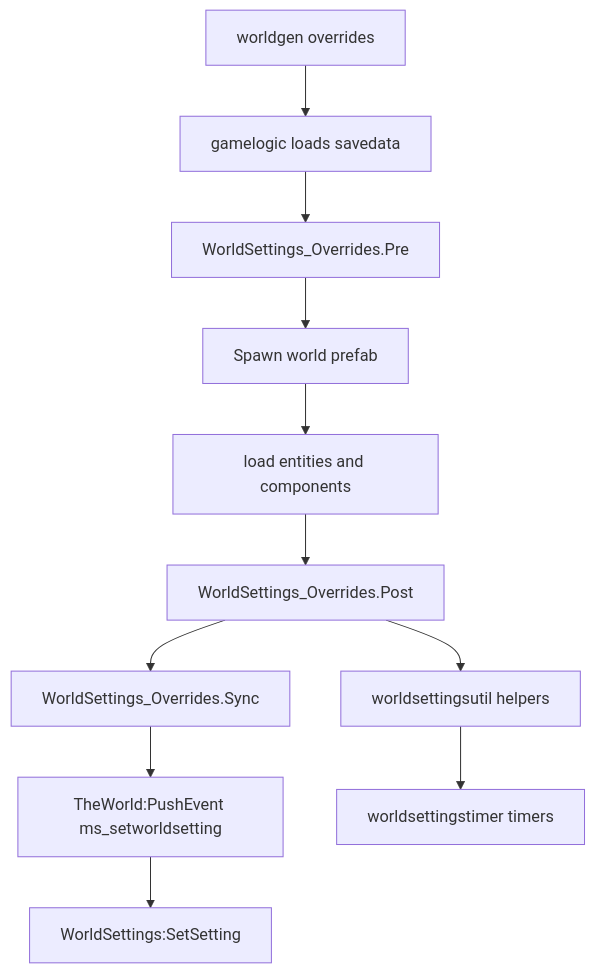
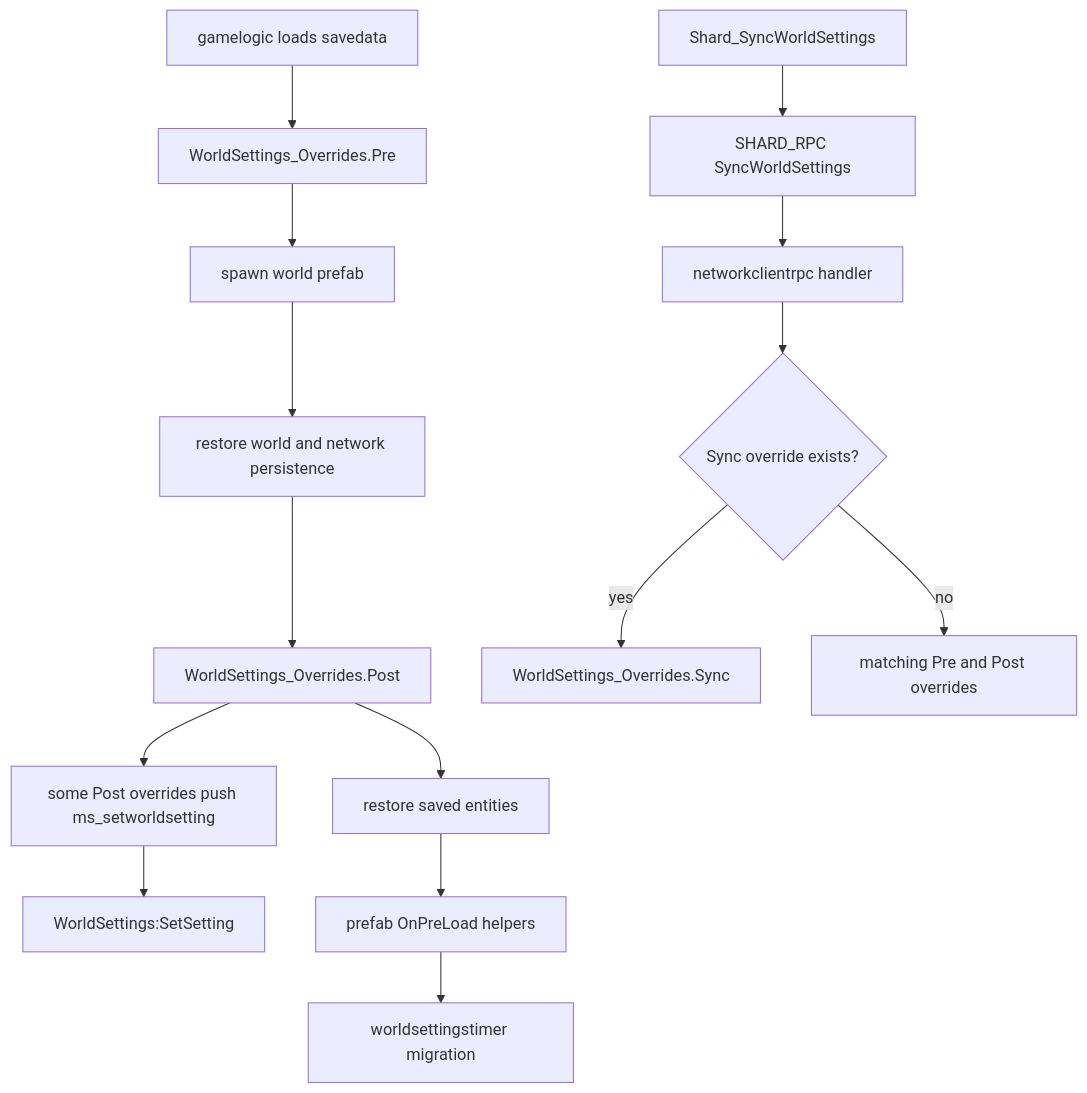
One commit to LetsStarveTogether/dst-server changed the diagram in dst-scripts/index/0x2000-runtime/0x2200-engine-services/0x2205-world-settings-runtime.md. Above: the diagram before and after it, drawn with Mermaid. The commit also changed other lines of this file and 83 other files, not shown here.

```diff
--- a/dst-scripts/index/0x2000-runtime/0x2200-engine-services/0x2205-world-settings-runtime.md
+++ b/dst-scripts/index/0x2000-runtime/0x2200-engine-services/0x2205-world-settings-runtime.md
@@ -37,14 +43,18 @@
 ~~~mermaid
 flowchart TD
-    A["worldgen overrides"]
-    A --> B["gamelogic loads savedata"]
-    B --> C["WorldSettings_Overrides.Pre"]
-    C --> D["Spawn world prefab"]
-    D --> E["load entities and components"]
-    E --> F["WorldSettings_Overrides.Post"]
-    F --> G["WorldSettings_Overrides.Sync"]
-    G --> H["TheWorld:PushEvent ms_setworldsetting"]
-    H --> I["WorldSettings:SetSetting"]
-    F --> J["worldsettingsutil helpers"]
-    J --> K["worldsettingstimer timers"]
+    A["gamelogic loads savedata"]
+    A --> B["WorldSettings_Overrides.Pre"]
+    B --> C["spawn world prefab"]
+    C --> D["restore world and network persistence"]
+    D --> E["WorldSettings_Overrides.Post"]
+    E --> F["some Post overrides push ms_setworldsetting"]
+    F --> G["WorldSettings:SetSetting"]
+    E --> H["restore saved entities"]
+    H --> I["prefab OnPreLoad helpers"]
+    I --> J["worldsettingstimer migration"]
+    K["Shard_SyncWorldSettings"] --> L["SHARD_RPC SyncWorldSettings"]
+    L --> M["networkclientrpc handler"]
+    M --> N{"Sync override exists?"}
+    N -->|yes| O["WorldSettings_Overrides.Sync"]
+    N -->|no| P["matching Pre and Post overrides"]
 ~~~
```
